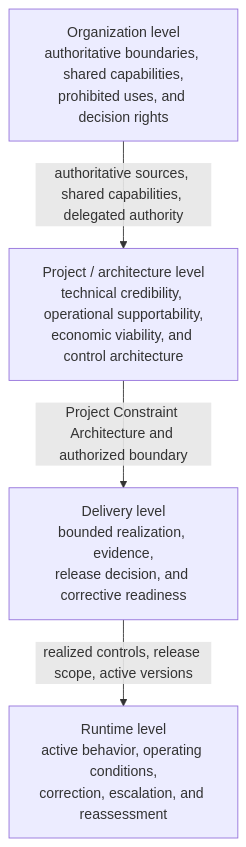
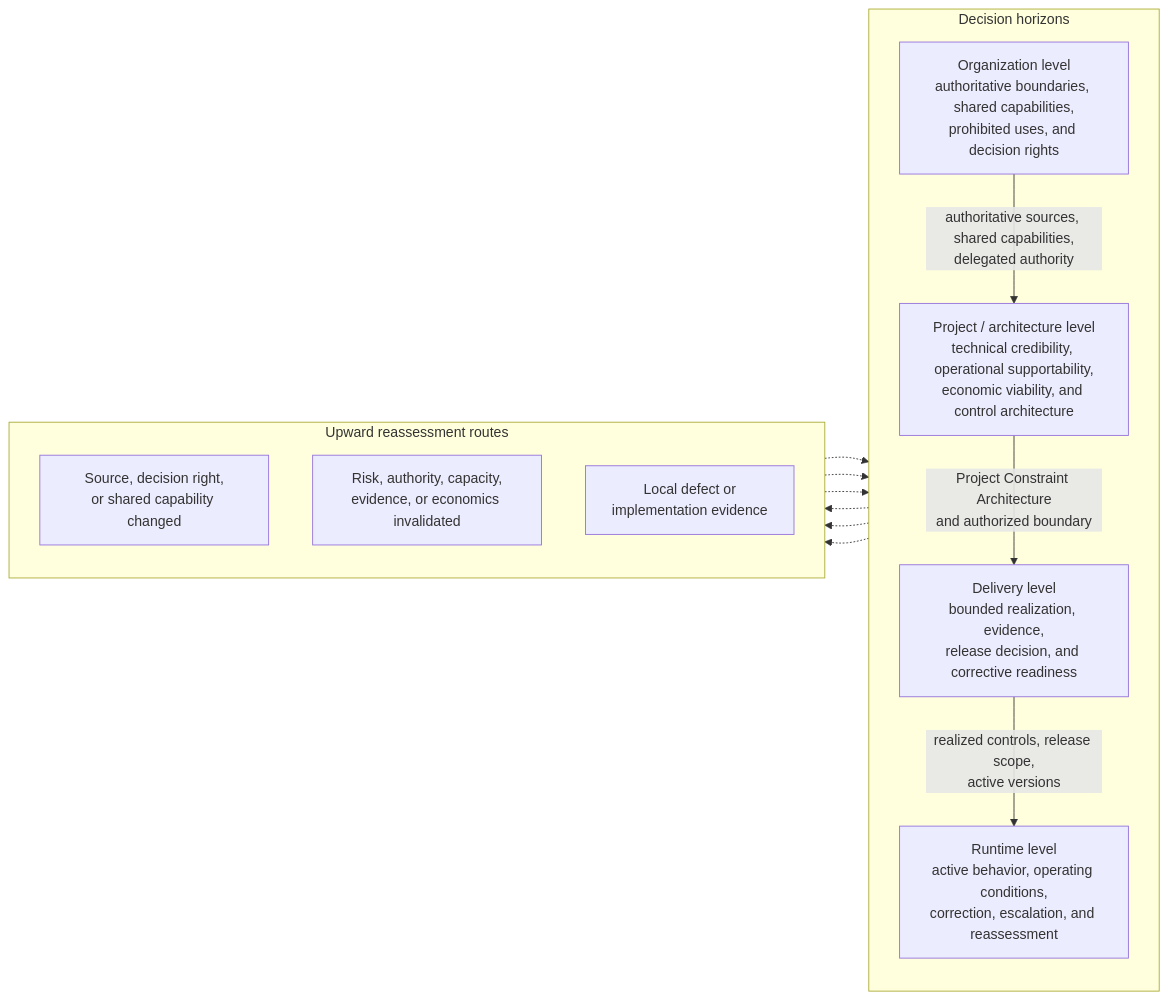
One commit to UncertaintyArchitectureGroup/uncertainty-architecture changed the sixth of 14 diagrams in content/research/notes/open-engineering-specification-article-draft.md. Above: the diagram before and after it, drawn with Mermaid. The commit also changed other lines of this file and 10 other files, not shown here.

````diff
--- a/content/research/notes/open-engineering-specification-article-draft.md
+++ b/content/research/notes/open-engineering-specification-article-draft.md
@@ -256,11 +263,25 @@
 ```mermaid
-flowchart TB
-    O["Organization level<br/>authoritative boundaries, shared capabilities,<br/>prohibited uses, and decision rights"]
-    P["Project / architecture level<br/>technical credibility, operational supportability,<br/>economic viability, and control architecture"]
-    D["Delivery level<br/>bounded realization, evidence,<br/>release decision, and corrective readiness"]
-    R["Runtime level<br/>active behavior, operating conditions,<br/>correction, escalation, and reassessment"]
+flowchart LR
+    subgraph H["Decision horizons"]
+        direction TB
+        O["Organization level<br/>authoritative boundaries, shared capabilities,<br/>prohibited uses, and decision rights"]
+        P["Project / architecture level<br/>technical credibility, operational supportability,<br/>economic viability, and control architecture"]
+        D["Delivery level<br/>bounded realization, evidence,<br/>release decision, and corrective readiness"]
+        R["Runtime level<br/>active behavior, operating conditions,<br/>correction, escalation, and reassessment"]
 
-    O -->|authoritative sources, shared capabilities, delegated authority| P
-    P -->|Project Constraint Architecture and authorized boundary| D
-    D -->|realized controls, release scope, active versions| R
+        O -->|authoritative sources, shared capabilities,<br/>delegated authority| P
+        P -->|Project Constraint Architecture<br/>and authorized boundary| D
+        D -->|realized controls, release scope,<br/>active versions| R
+    end
+
+    subgraph U["Upward reassessment routes"]
+        direction TB
+        UO["Source, decision right,<br/>or shared capability changed"]
+        UP["Risk, authority, capacity,<br/>evidence, or economics invalidated"]
+        UD["Local defect or<br/>implementation evidence"]
+    end
+
+    R -.-> UO -.-> O
+    R -.-> UP -.-> P
+    R -.-> UD -.-> D
 ```
````
